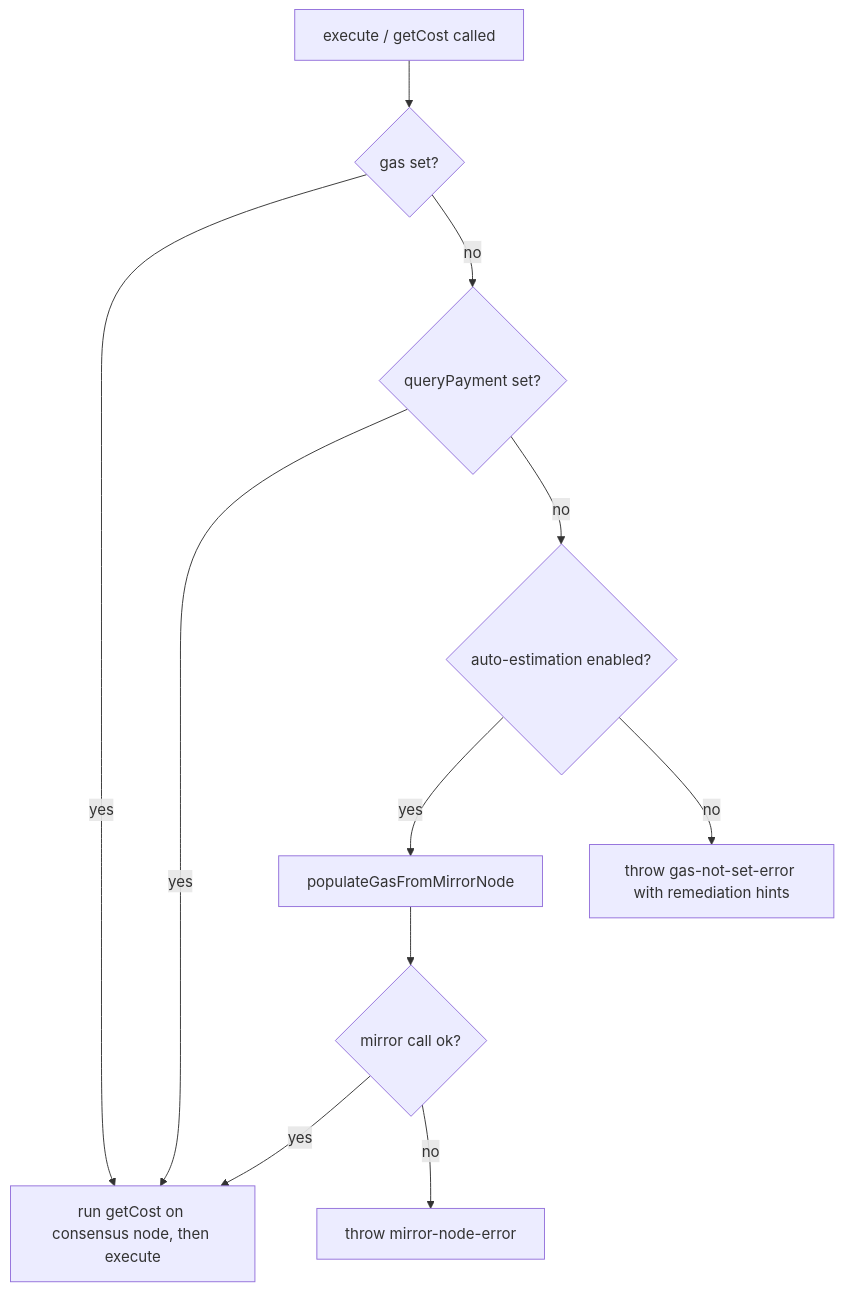
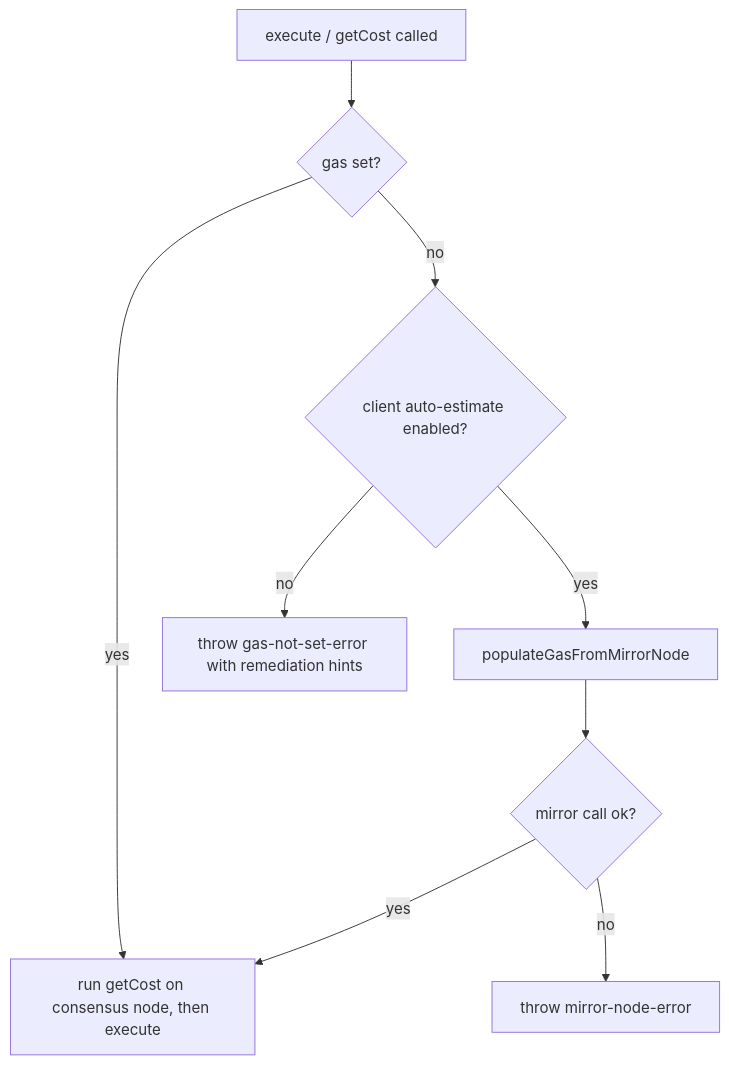
Before and after one commit to hiero-ledger/sdk-collaboration-hub: the second of 2 diagrams in proposals/contract-call-query-gas-estimation.md, drawn with Mermaid. The commit also changed other lines of this file, not shown here.

````diff
--- a/proposals/contract-call-query-gas-estimation.md
+++ b/proposals/contract-call-query-gas-estimation.md
@@ -135,13 +185,11 @@
 ```mermaid
 flowchart TD
     A[execute / getCost called] --> B{gas set?}
     B -- yes --> F[run getCost on consensus node, then execute]
-    B -- no --> C{queryPayment set?}
-    C -- yes --> F
-    C -- no --> D{auto-estimation enabled?}
+    B -- no --> D{client auto-estimate enabled?}
     D -- yes --> E[populateGasFromMirrorNode]
     E --> E2{mirror call ok?}
     E2 -- yes --> F
     E2 -- no --> EX1[throw mirror-node-error]
     D -- no --> EX2[throw gas-not-set-error with remediation hints]
 ```
````
